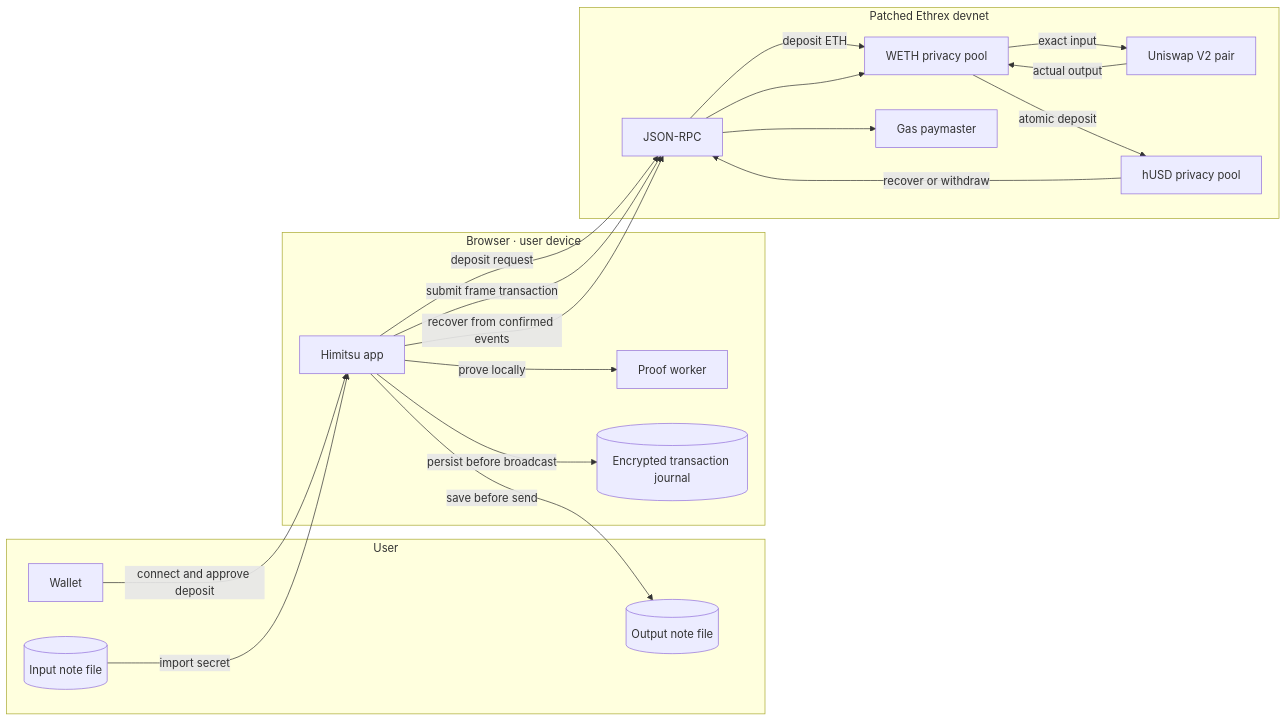
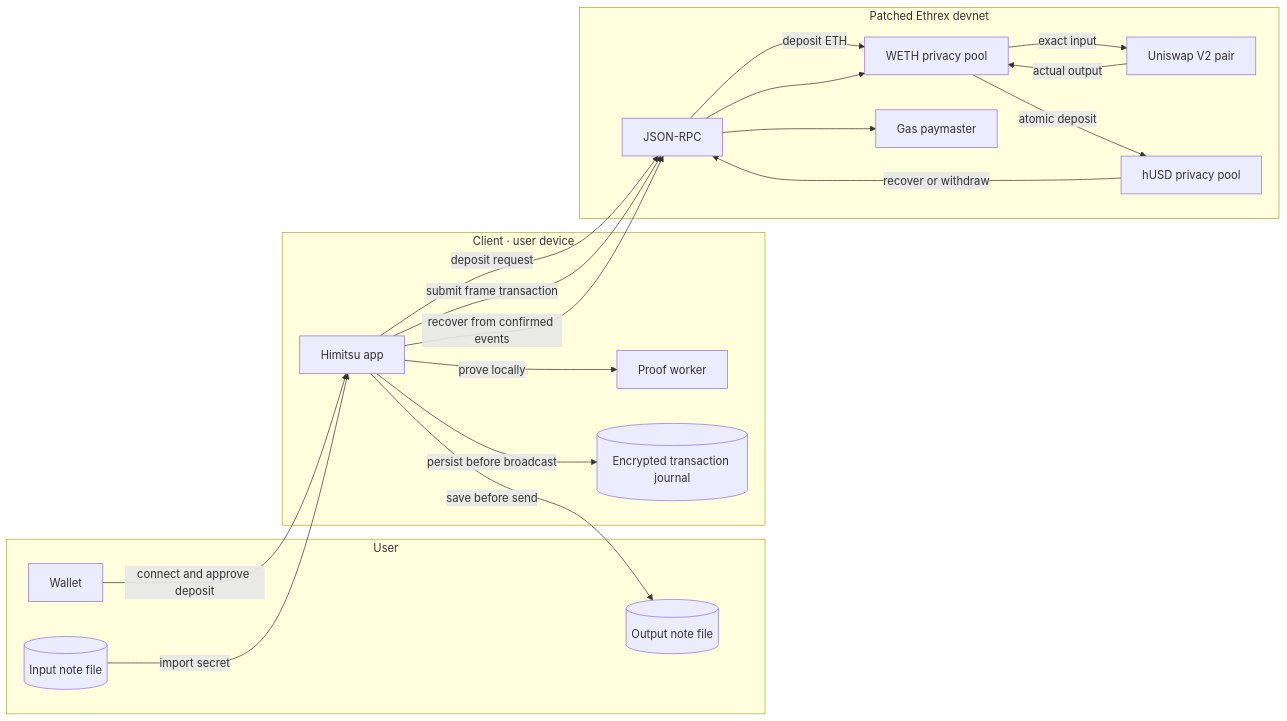
One commit to deepakA18/himitsu changed the first of 2 diagrams in README.md. Above: the diagram before and after it, drawn with Mermaid. The commit also changed other lines of this file and 11 other files, not shown here.

````diff
--- a/README.md
+++ b/README.md
@@ -41,38 +41,38 @@
 ```mermaid
 flowchart LR
     subgraph PERSON[User]
         WALLET[Wallet]
         INPUT[(Input note file)]
         OUTPUT[(Output note file)]
     end
 
-    subgraph DEVICE[Browser · user device]
+    subgraph DEVICE[Client · user device]
         APP[Himitsu app]
         PROVER[Proof worker]
         JOURNAL[(Encrypted transaction journal)]
     end
 
     subgraph DEVNET[Patched Ethrex devnet]
         RPC[JSON-RPC]
         WETH[WETH privacy pool]
         SPONSOR[Gas paymaster]
         PAIR[Uniswap V2 pair]
         GUSD[hUSD privacy pool]
     end
 
     WALLET -->|connect and approve deposit| APP
     APP -->|deposit request| RPC
     RPC -->|deposit ETH| WETH
     INPUT -->|import secret| APP
     APP -->|prove locally| PROVER
     APP -->|save before send| OUTPUT
     APP -->|persist before broadcast| JOURNAL
     APP -->|submit frame transaction| RPC
     APP -->|recover from confirmed events| RPC
     RPC --> WETH
     RPC --> SPONSOR
     WETH -->|exact input| PAIR
     PAIR -->|actual output| WETH
     WETH -->|atomic deposit| GUSD
     GUSD -->|recover or withdraw| RPC
 ```
````
